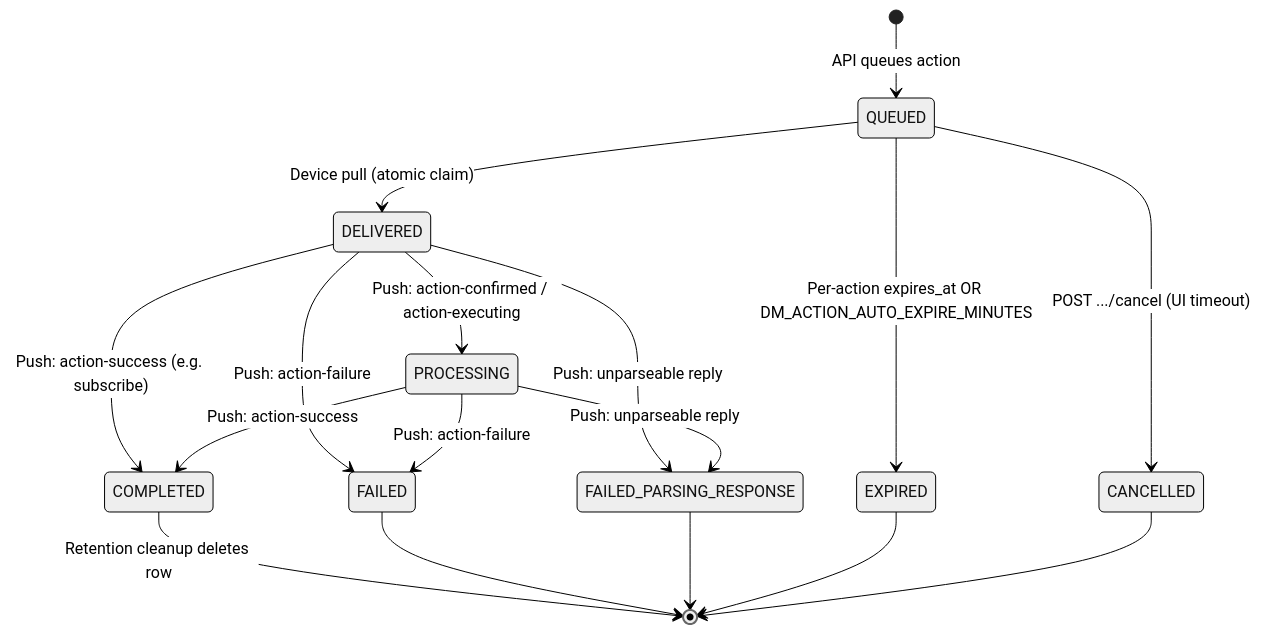
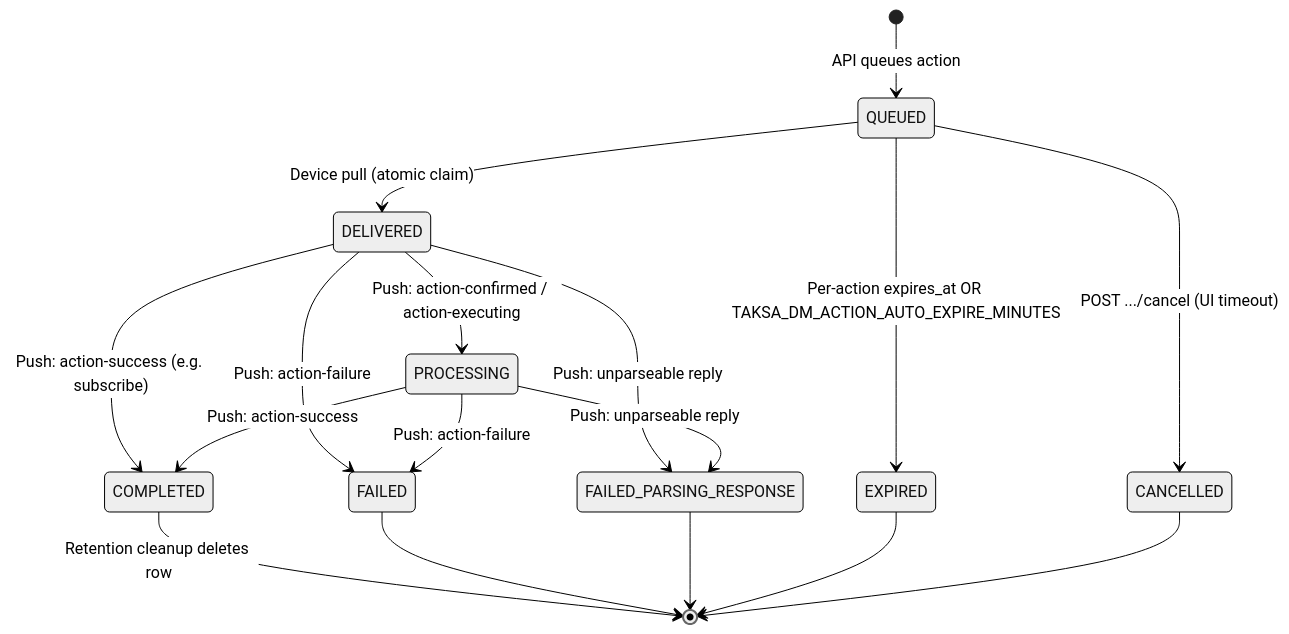
The diagram in device-management/docs/ACTION_MANAGEMENT.md (artpark-hub/taksa-platform), drawn with Mermaid (neutral theme) before and after one commit. The commit also changed other lines of this file and 8 other files, not shown here.

First line of the commit message:
fix(device-management): align action cleanup env vars with TAKSA_DM prefix

````diff
--- a/device-management/docs/ACTION_MANAGEMENT.md
+++ b/device-management/docs/ACTION_MANAGEMENT.md
@@ -25,23 +25,23 @@
 ```mermaid
 stateDiagram-v2
     [*] --> QUEUED : API queues action
 
     QUEUED --> DELIVERED : Device pull (atomic claim)
     QUEUED --> CANCELLED : POST .../cancel (UI timeout)
-    QUEUED --> EXPIRED : Per-action expires_at OR DM_ACTION_AUTO_EXPIRE_MINUTES
+    QUEUED --> EXPIRED : Per-action expires_at OR TAKSA_DM_ACTION_AUTO_EXPIRE_MINUTES
 
     DELIVERED --> PROCESSING : Push: action-confirmed / action-executing
     DELIVERED --> COMPLETED : Push: action-success (e.g. subscribe)
     DELIVERED --> FAILED : Push: action-failure
     DELIVERED --> FAILED_PARSING_RESPONSE : Push: unparseable reply
 
     PROCESSING --> COMPLETED : Push: action-success
     PROCESSING --> FAILED : Push: action-failure
     PROCESSING --> FAILED_PARSING_RESPONSE : Push: unparseable reply
 
     COMPLETED --> [*] : Retention cleanup deletes row
     FAILED --> [*]
     FAILED_PARSING_RESPONSE --> [*]
     EXPIRED --> [*]
     CANCELLED --> [*]
 ```
````
